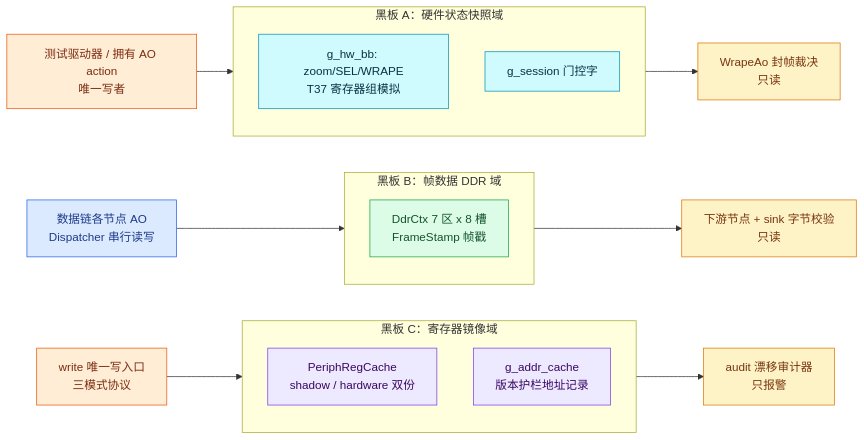
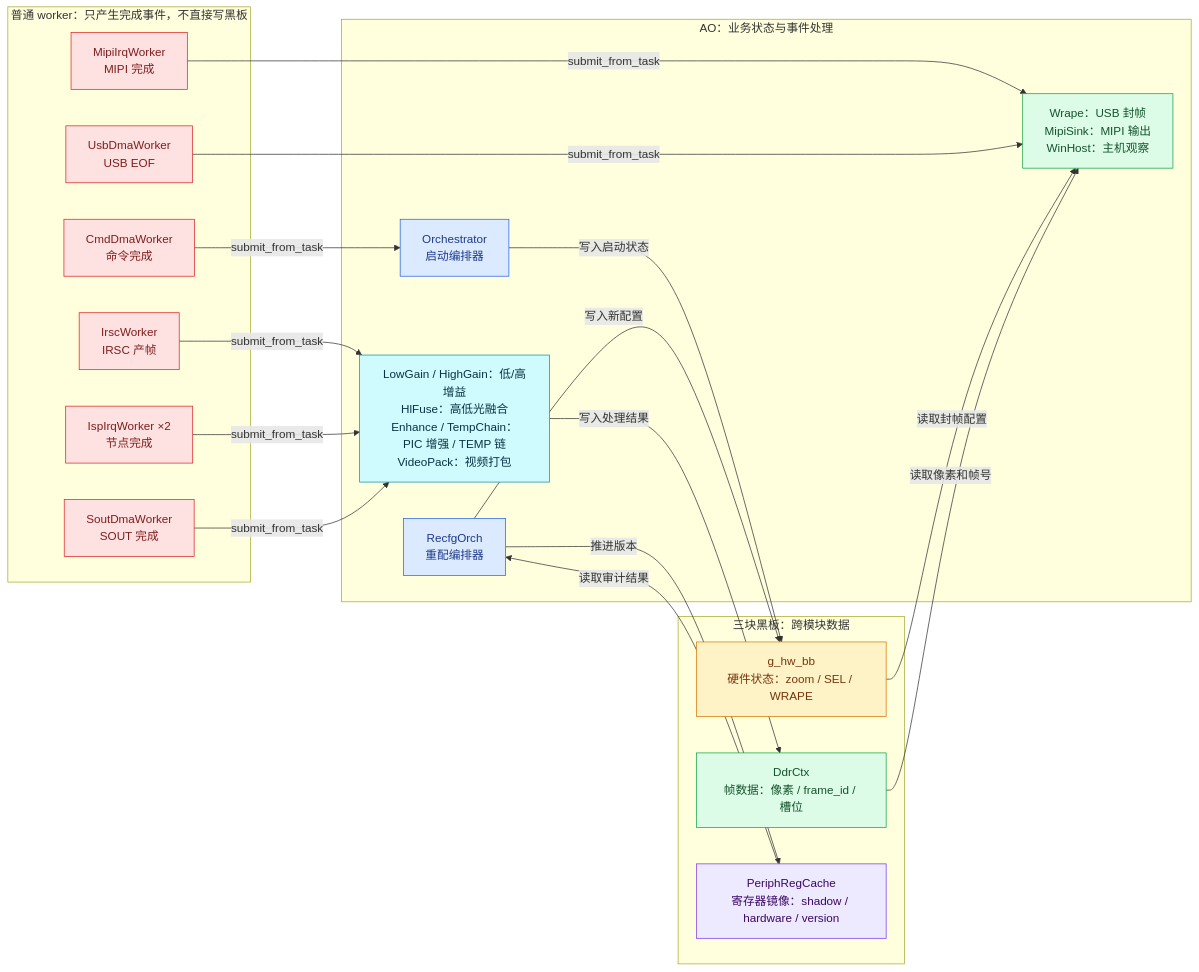
The fourth of 6 diagrams in docs/example_ISP_pipeline_design_architecture_zh.md (DeguiLiu/coact), drawn with Mermaid before and after one commit. The commit also changed other lines of this file and 8 other files, not shown here.

````diff
--- a/docs/example_ISP_pipeline_design_architecture_zh.md
+++ b/docs/example_ISP_pipeline_design_architecture_zh.md
@@ -457,29 +122,42 @@
 ```mermaid
 flowchart LR
-    subgraph BB1["黑板 A：硬件状态快照域"]
-        direction TB
-        A1["g_hw_bb: zoom/SEL/WRAPE<br/>T37 寄存器组模拟"]:::a
-        A2["g_session 门控字"]:::a
+    subgraph WORKERS["普通 worker：只产生完成事件，不直接写黑板"]
+        WI["IrscWorker<br/>IRSC 产帧"]:::worker
+        WC["CmdDmaWorker<br/>命令完成"]:::worker
+        WE["IspIrqWorker ×2<br/>节点完成"]:::worker
+        WS["SoutDmaWorker<br/>SOUT 完成"]:::worker
+        WM["MipiIrqWorker<br/>MIPI 完成"]:::worker
+        WU["UsbDmaWorker<br/>USB EOF"]:::worker
     end
-    subgraph BB2["黑板 B：帧数据 DDR 域"]
-        direction TB
-        B1["DdrCtx 7 区 x 8 槽<br/>FrameStamp 帧戳"]:::b
+    subgraph AOS["AO：业务状态与事件处理"]
+        ORCH["Orchestrator<br/>启动编排器"]:::control
+        RCFG["RecfgOrch<br/>重配编排器"]:::control
+        DATA["LowGain / HighGain：低/高增益<br/>HlFuse：高低光融合<br/>Enhance / TempChain：PIC 增强 / TEMP 链<br/>VideoPack：视频打包"]:::data
+        SINK["Wrape：USB 封帧<br/>MipiSink：MIPI 输出<br/>WinHost：主机观察"]:::sink
     end
-    subgraph BB3["黑板 C：寄存器镜像域"]
-        direction TB
-        C1["PeriphRegCache<br/>shadow / hardware 双份"]:::c
-        C2["g_addr_cache<br/>版本护栏地址记录"]:::c
+    subgraph BB["三块黑板：跨模块数据"]
+        HW["g_hw_bb<br/>硬件状态：zoom / SEL / WRAPE"]:::hardware
+        DDR["DdrCtx<br/>帧数据：像素 / frame_id / 槽位"]:::frame
+        REG["PeriphRegCache<br/>寄存器镜像：shadow / hardware / version"]:::register
     end
-    TD["测试驱动器 / 拥有 AO action<br/>唯一写者"]:::w --> A1
-    NODES["数据链各节点 AO<br/>Dispatcher 串行读写"]:::n --> B1
-    WRITE["write 唯一写入口<br/>三模式协议"]:::w --> C1
-    A1 --> WR["WrapeAo 封帧裁决<br/>只读"]:::r
-    B1 --> SINKS["下游节点 + sink 字节校验<br/>只读"]:::r
-    C1 --> AUD["audit 漂移审计器<br/>只报警"]:::r
-    classDef a fill:#cffafe,stroke:#0891b2,color:#083344
-    classDef b fill:#dcfce7,stroke:#16a34a,color:#14532d
-    classDef c fill:#ede9fe,stroke:#7c3aed,color:#3b0764
-    classDef w fill:#ffedd5,stroke:#ea580c,color:#7c2d12
-    classDef n fill:#dbeafe,stroke:#2563eb,color:#1e3a8a
-    classDef r fill:#fef3c7,stroke:#d97706,color:#78350f
+    WI -->|"submit_from_task"| DATA
+    WC -->|"submit_from_task"| ORCH
+    WE -->|"submit_from_task"| DATA
+    WS -->|"submit_from_task"| DATA
+    WM -->|"submit_from_task"| SINK
+    WU -->|"submit_from_task"| SINK
+    ORCH -->|"写入启动状态"| HW
+    RCFG -->|"写入新配置"| HW
+    RCFG -->|"推进版本"| REG
+    DATA -->|"写入处理结果"| DDR
+    HW -->|"读取封帧配置"| SINK
+    DDR -->|"读取像素和帧号"| SINK
+    REG -->|"读取审计结果"| RCFG
+    classDef control fill:#dbeafe,stroke:#2563eb,color:#1e3a8a
+    classDef data fill:#cffafe,stroke:#0891b2,color:#083344
+    classDef sink fill:#dcfce7,stroke:#16a34a,color:#14532d
+    classDef worker fill:#fee2e2,stroke:#dc2626,color:#7f1d1d
+    classDef hardware fill:#fef3c7,stroke:#d97706,color:#78350f
+    classDef frame fill:#dcfce7,stroke:#16a34a,color:#14532d
+    classDef register fill:#ede9fe,stroke:#7c3aed,color:#3b0764
 ```
````
